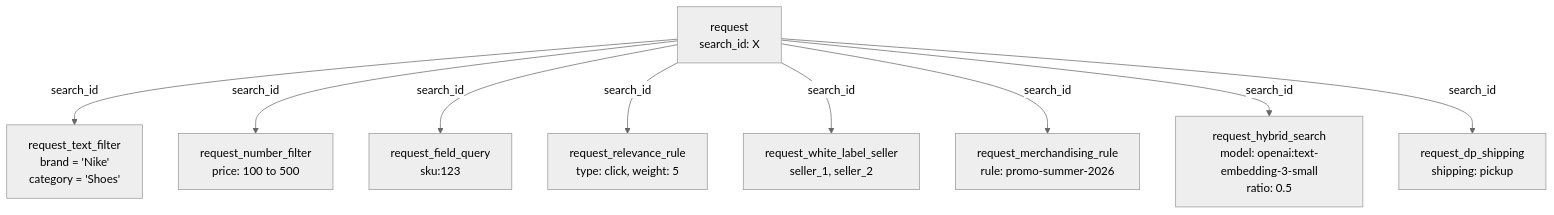
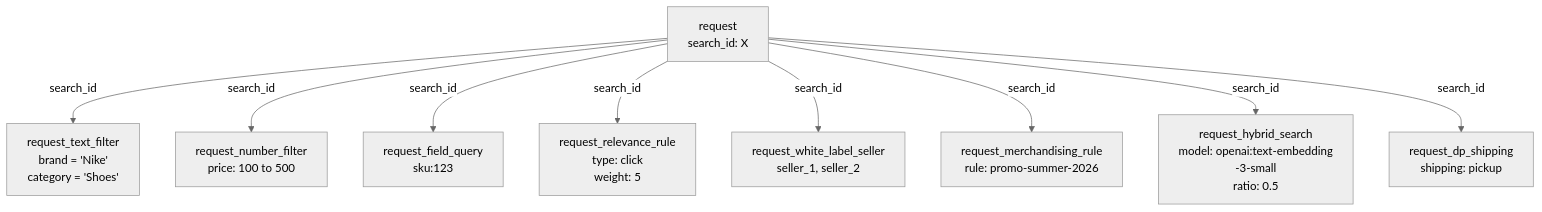
Before and after one commit to vtexdocs/help-center-content: the fourth of 4 diagrams in docs/en/tutorials/beta/vtex-data-pipeline-beta/search-and-recomendations-data-pipeline.md, drawn with Mermaid (neutral theme). The commit also changed other lines of this file and 5 other files, not shown here.

````diff
--- a/docs/en/tutorials/beta/vtex-data-pipeline-beta/search-and-recomendations-data-pipeline.md
+++ b/docs/en/tutorials/beta/vtex-data-pipeline-beta/search-and-recomendations-data-pipeline.md
@@ -138,13 +141,14 @@
 ```mermaid
+%%{init: {'flowchart': {'htmlLabels': true, 'useMaxWidth': false, 'wrappingWidth': 220, 'padding': 14}}}%%
 flowchart TD
-    REQ["request\nsearch_id: X"]
+    REQ["request<br/>search_id: X"]
 
-    REQ -->|"search_id"| TF["request_text_filter\nbrand = 'Nike'\ncategory = 'Shoes'"]
-    REQ -->|"search_id"| NF["request_number_filter\nprice: 100 to 500"]
-    REQ -->|"search_id"| FQ["request_field_query\nsku:123"]
-    REQ -->|"search_id"| RR["request_relevance_rule\ntype: click, weight: 5"]
-    REQ -->|"search_id"| WLS["request_white_label_seller\nseller_1, seller_2"]
-    REQ -->|"search_id"| MR["request_merchandising_rule\nrule: promo-summer-2026"]
-    REQ -->|"search_id"| HS["request_hybrid_search\nmodel: openai:text-embedding-3-small\nratio: 0.5"]
-    REQ -->|"search_id"| DPS["request_dp_shipping\nshipping: pickup"]
+    REQ -->|"search_id"| TF["request_text_filter<br/>brand = 'Nike'<br/>category = 'Shoes'"]
+    REQ -->|"search_id"| NF["request_number_filter<br/>price: 100 to 500"]
+    REQ -->|"search_id"| FQ["request_field_query<br/>sku:123"]
+    REQ -->|"search_id"| RR["request_relevance_rule<br/>type: click<br/>weight: 5"]
+    REQ -->|"search_id"| WLS["request_white_label_seller<br/>seller_1, seller_2"]
+    REQ -->|"search_id"| MR["request_merchandising_rule<br/>rule: promo-summer-2026"]
+    REQ -->|"search_id"| HS["request_hybrid_search<br/>model: openai:text-embedding<br/>-3-small<br/>ratio: 0.5"]
+    REQ -->|"search_id"| DPS["request_dp_shipping<br/>shipping: pickup"]
 ```
````
